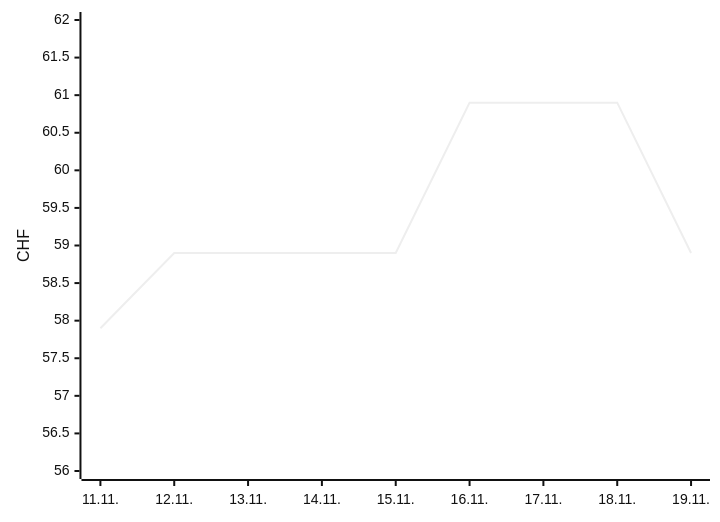
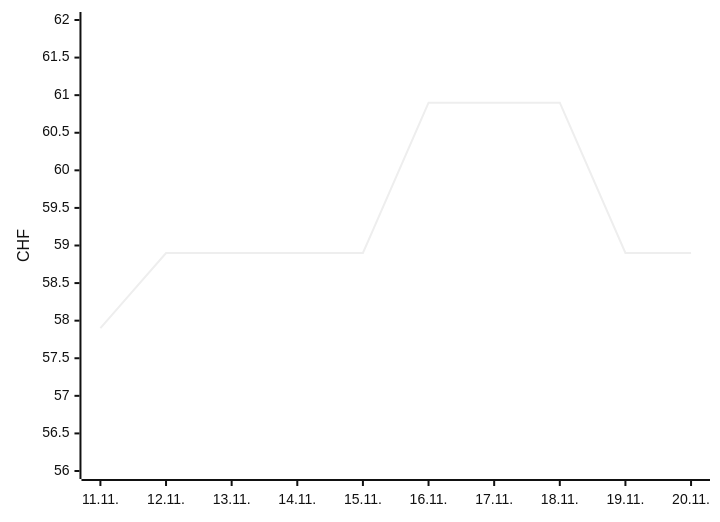
One commit to Akira2828/my-Galaxus-MCP changed the second of 2 diagrams in README.md. Above: the diagram before and after it, drawn with Mermaid (neutral theme). The commit also changed other lines of this file and 1 other file, not shown here.

````diff
--- a/README.md
+++ b/README.md
@@ -25,6 +25,6 @@
 ```mermaid
 xychart-beta
-  x-axis ["11.11.", "12.11.", "13.11.", "14.11.", "15.11.", "16.11.", "17.11.", "18.11.", "19.11."]
+  x-axis ["11.11.", "12.11.", "13.11.", "14.11.", "15.11.", "16.11.", "17.11.", "18.11.", "19.11.", "20.11."]
   y-axis "CHF" 56 --> 62
-  line [57.9, 58.9, 58.9, 58.9, 58.9, 60.9, 60.9, 60.9, 58.9]
+  line [57.9, 58.9, 58.9, 58.9, 58.9, 60.9, 60.9, 60.9, 58.9, 58.9]
 ```
````
